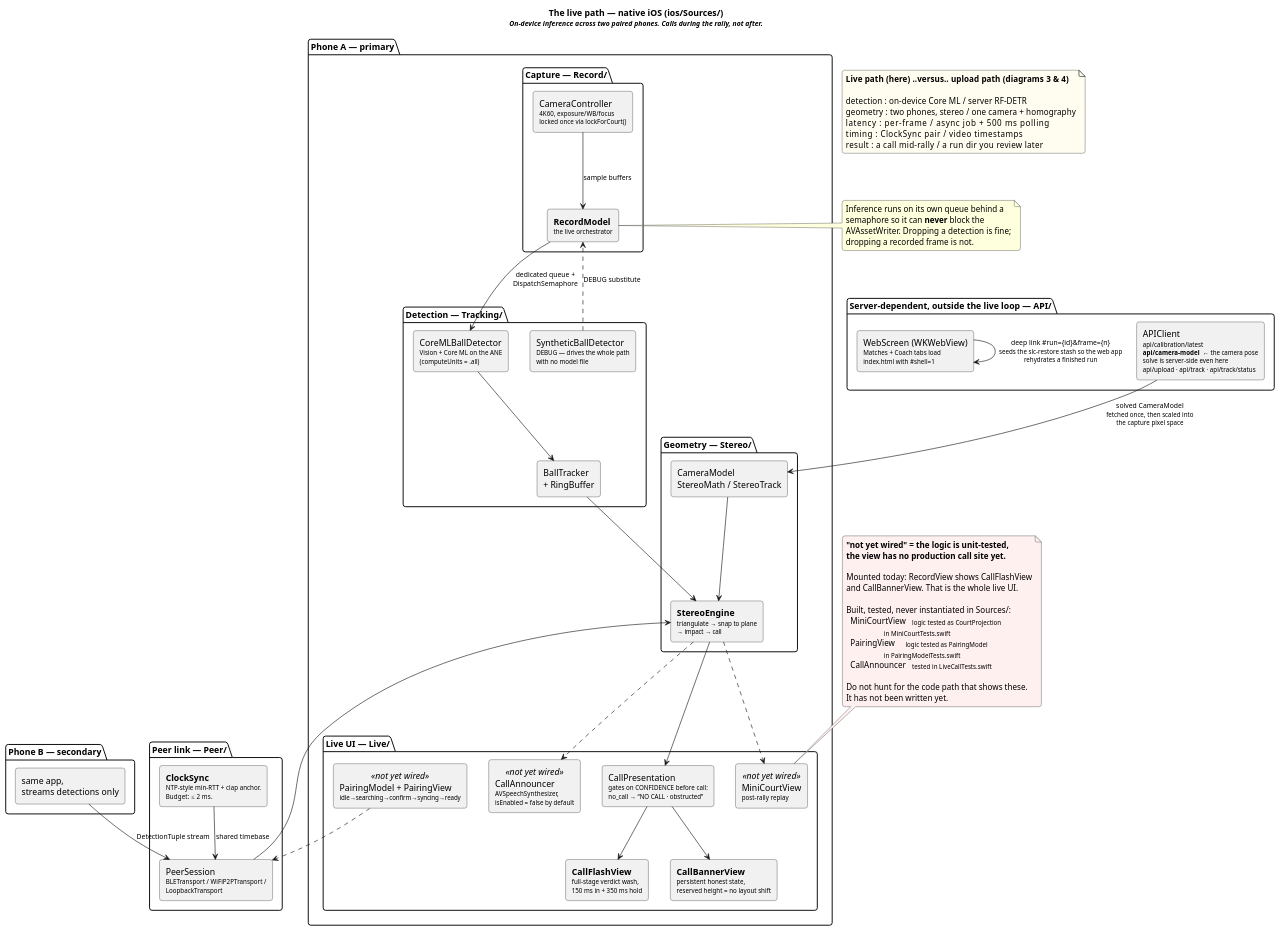
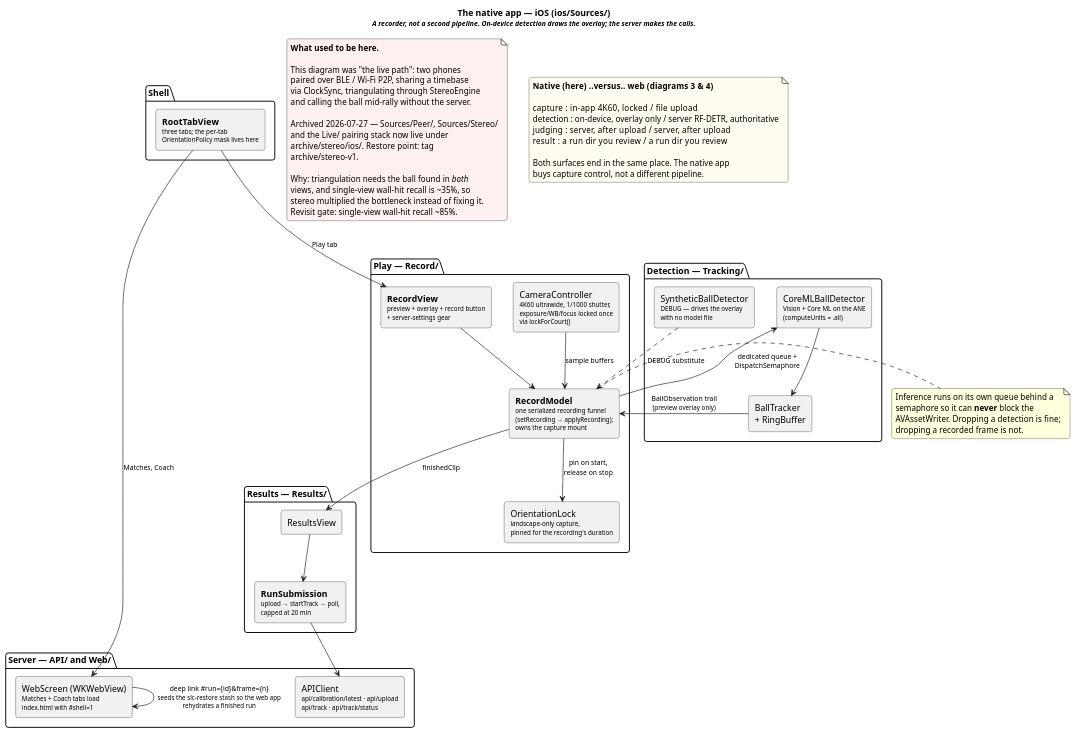
Before and after one commit to redcappyal/UCSC-AI-Project: the sixth of 7 diagrams in docs/architecture.puml, drawn with PlantUML. The commit also changed other lines of this file and 11 other files, not shown here.

First line of the commit message:
docs(archive): follow the stereo/peer archiving through every doc

```diff
--- a/docs/architecture.puml
+++ b/docs/architecture.puml
@@ -491,104 +487,88 @@
-@startuml ios_live_path
-title The live path — native iOS (ios/Sources/)\n<size:11>//On-device inference across two paired phones. Calls during the rally, not after.//</size>
+@startuml ios_native_app
+title The native app — iOS (ios/Sources/)\n<size:11>//A recorder, not a second pipeline. On-device detection draws the overlay; the server makes the calls.//</size>
 
 skinparam componentStyle rectangle
 skinparam shadowing false
 skinparam roundCorner 8
 skinparam ArrowFontSize 11
 
-package "Phone A — primary" {
-  package "Capture — Record/" {
-    component "CameraController\n<size:10>4K60, exposure/WB/focus</size>\n<size:10>locked once via lockForCourt()</size>" as cam
-    component "**RecordModel**\n<size:10>the live orchestrator</size>" as model
-  }
-
-  package "Detection — Tracking/" {
-    component "CoreMLBallDetector\n<size:10>Vision + Core ML on the ANE</size>\n<size:10>(computeUnits = .all)</size>" as detector
-    component "BallTracker\n+ RingBuffer" as tracker
-    component "SyntheticBallDetector\n<size:10>DEBUG — drives the whole path</size>\n<size:10>with no model file</size>" as synth
-  }
-
-  package "Geometry — Stereo/" {
-    component "**StereoEngine**\n<size:10>triangulate → snap to plane</size>\n<size:10>→ impact → call</size>" as engine
-    component "CameraModel\nStereoMath / StereoTrack" as stereomath
-  }
-
-  package "Live UI — Live/" {
-    component "**CallFlashView**\n<size:10>full-stage verdict wash,</size>\n<size:10>150 ms in + 350 ms hold</size>" as flash
-    component "**CallBannerView**\n<size:10>persistent honest state,</size>\n<size:10>reserved height = no layout shift</size>" as banner
-    component "CallPresentation\n<size:10>gates on CONFIDENCE before call:</size>\n<size:10>no_call → “NO CALL · obstructed”</size>" as presentation
-    component "MiniCourtView\n<size:10>post-rally replay</size>" as minicourt <<not yet wired>>
-    component "PairingModel + PairingView\n<size:10>idle→searching→confirm→syncing→ready</size>" as pairing <<not yet wired>>
-    component "CallAnnouncer\n<size:10>AVSpeechSynthesizer,</size>\n<size:10>isEnabled = false by default</size>" as announcer <<not yet wired>>
-  }
+package "Shell" {
+  component "**RootTabView**\n<size:10>three tabs; the per-tab</size>\n<size:10>OrientationPolicy mask lives here</size>" as root
 }
 
-package "Phone B — secondary" {
-  component "same app,\nstreams detections only" as phoneB
+package "Play — Record/" {
+  component "CameraController\n<size:10>4K60 ultrawide, 1/1000 shutter,</size>\n<size:10>exposure/WB/focus locked once</size>\n<size:10>via lockForCourt()</size>" as cam
+  component "**RecordModel**\n<size:10>one serialized recording funnel</size>\n<size:10>(setRecording → applyRecording);</size>\n<size:10>owns the capture mount</size>" as model
+  component "**RecordView**\n<size:10>preview + overlay + record button</size>\n<size:10>+ server-settings gear</size>" as recordview
+  component "OrientationLock\n<size:10>landscape-only capture,</size>\n<size:10>pinned for the recording's duration</size>" as orient
 }
 
-package "Peer link — Peer/" {
-  component "PeerSession\n<size:10>BLETransport / WiFiP2PTransport /</size>\n<size:10>LoopbackTransport</size>" as peer
-  component "**ClockSync**\n<size:10>NTP-style min-RTT + clap anchor.</size>\n<size:10>Budget: ≤ 2 ms.</size>" as clock
+package "Detection — Tracking/" {
+  component "CoreMLBallDetector\n<size:10>Vision + Core ML on the ANE</size>\n<size:10>(computeUnits = .all)</size>" as detector
+  component "BallTracker\n+ RingBuffer" as tracker
+  component "SyntheticBallDetector\n<size:10>DEBUG — drives the overlay</size>\n<size:10>with no model file</size>" as synth
 }
 
-package "Server-dependent, outside the live loop — API/" {
-  component "APIClient\n<size:10>api/calibration/latest</size>\n<size:10>**api/camera-model**  ← the camera pose</size>\n<size:10>solve is server-side even here</size>\n<size:10>api/upload · api/track · api/track/status</size>" as apiclient
+package "Results — Results/" {
+  component "**RunSubmission**\n<size:10>upload → startTrack → poll,</size>\n<size:10>capped at 20 min</size>" as submission
+  component "ResultsView" as resultsview
+}
+
+package "Server — API/ and Web/" {
+  component "APIClient\n<size:10>api/calibration/latest · api/upload</size>\n<size:10>api/track · api/track/status</size>" as apiclient
   component "WebScreen (WKWebView)\n<size:10>Matches + Coach tabs load</size>\n<size:10>index.html with #shell=1</size>" as webscreen
 }
 
+root --> recordview : Play tab
+root --> webscreen : Matches, Coach
+recordview --> model
+model --> orient : pin on start,\nrelease on stop
 cam --> model : sample buffers
 model --> detector : dedicated queue +\nDispatchSemaphore
 note right of model
   Inference runs on its own queue behind a
   semaphore so it can <b>never</b> block the
   AVAssetWriter. Dropping a detection is fine;
   dropping a recorded frame is not.
 end note
 synth ..> model : DEBUG substitute
 detector --> tracker
-tracker --> engine
-phoneB --> peer : DetectionTuple stream
-peer --> engine
-clock --> peer : shared timebase
-stereomath --> engine
-apiclient --> stereomath : solved CameraModel\n<size:10>fetched once, then scaled into</size>\n<size:10>the capture pixel space</size>
-engine --> presentation
-presentation --> flash
-presentation --> banner
-engine ..> minicourt
-engine ..> announcer
-pairing ..> peer
+tracker --> model : BallObservation trail\n<size:10>(preview overlay only)</size>
+model --> resultsview : finishedClip
+resultsview --> submission
+submission --> apiclient
 
 webscreen --> webscreen : deep link #run={id}&frame={n}\n<size:10>seeds the slc-restore stash so the web app</size>\n<size:10>rehydrates a finished run</size>
 
-note as nwired #FFF0F0
-  <b>"not yet wired" = the logic is unit-tested,</b>
-  <b>the view has no production call site yet.</b>
+note as narchived #FFF0F0
+  <b>What used to be here.</b>
 
-  Mounted today: RecordView shows CallFlashView
-  and CallBannerView. That is the whole live UI.
+  This diagram was "the live path": two phones
+  paired over BLE / Wi-Fi P2P, sharing a timebase
+  via ClockSync, triangulating through StereoEngine
+  and calling the ball mid-rally without the server.
 
-  Built, tested, never instantiated in Sources/:
-    MiniCourtView   <size:10>logic tested as CourtProjection</size>
-                    <size:10>in MiniCourtTests.swift</size>
-    PairingView     <size:10>logic tested as PairingModel</size>
-                    <size:10>in PairingModelTests.swift</size>
-    CallAnnouncer   <size:10>tested in LiveCallTests.swift</size>
+  Archived 2026-07-27 — Sources/Peer/, Sources/Stereo/
+  and the Live/ pairing stack now live under
+  archive/stereo/ios/. Restore point: tag
+  archive/stereo-v1.
 
-  Do not hunt for the code path that shows these.
-  It has not been written yet.
+  Why: triangulation needs the ball found in <i>both</i>
+  views, and single-view wall-hit recall is ~35%, so
+  stereo multiplied the bottleneck instead of fixing it.
+  Revisit gate: single-view wall-hit recall ~85%.
 end note
-nwired .. minicourt
 
 note as ndiff #FFFDF0
-  <b>Live path (here)  ..versus..  upload path (diagrams 3 & 4)</b>
+  <b>Native (here)  ..versus..  web (diagrams 3 & 4)</b>
 
-  detection : on-device Core ML   / server RF-DETR
-  geometry  : two phones, stereo  / one camera + homography
-  latency   : per-frame           / async job + 500 ms polling
-  timing    : ClockSync pair      / video timestamps
-  result    : a call mid-rally    / a run dir you review later
+  capture   : in-app 4K60, locked   / file upload
+  detection : on-device, overlay only / server RF-DETR, authoritative
+  judging   : server, after upload  / server, after upload
+  result    : a run dir you review  / a run dir you review
+
+  Both surfaces end in the same place. The native app
+  buys capture control, not a different pipeline.
 end note
 
 @enduml
```
